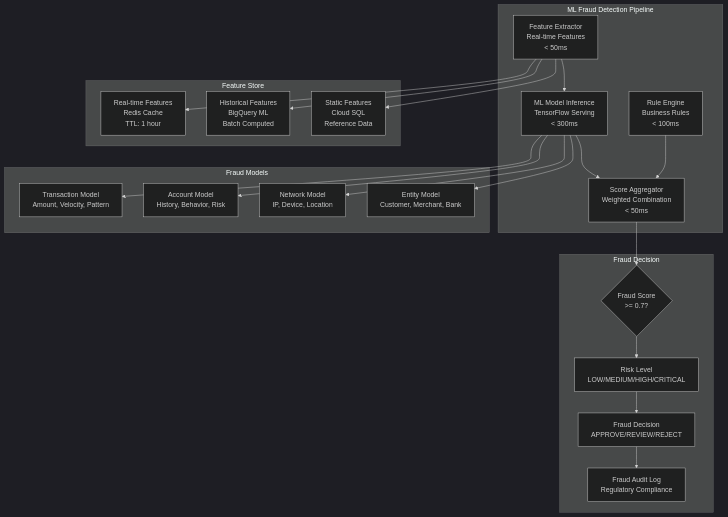
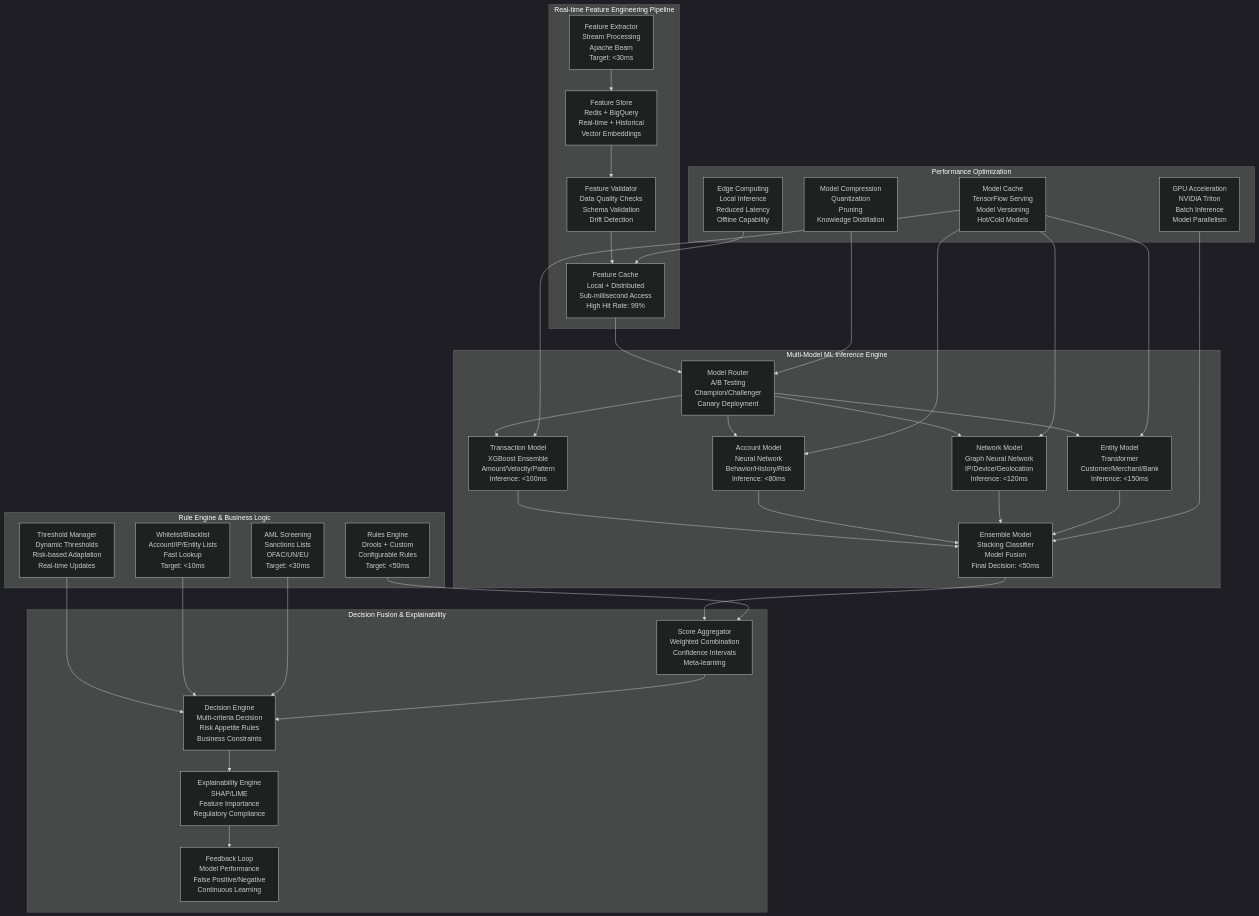
Before and after one commit to hari-p8-io/clearpathgateway: the third of 4 diagrams in docs/diagrams/FAST_INWARD_CLEARING_PROCESSOR_TECHNICAL_DIAGRAMS.md, drawn with Mermaid (dark theme). The commit also changed other lines of this file, not shown here.

````diff
--- a/docs/diagrams/FAST_INWARD_CLEARING_PROCESSOR_TECHNICAL_DIAGRAMS.md
+++ b/docs/diagrams/FAST_INWARD_CLEARING_PROCESSOR_TECHNICAL_DIAGRAMS.md
@@ -489,47 +952,74 @@
 ```mermaid
 graph TB
-    subgraph "ML Fraud Detection Pipeline"
-        FeatureExtractor[Feature Extractor<br/>Real-time Features<br/>< 50ms]
-        ModelInference[ML Model Inference<br/>TensorFlow Serving<br/>< 300ms]
-        RuleEngine[Rule Engine<br/>Business Rules<br/>< 100ms]
-        ScoreAggregator[Score Aggregator<br/>Weighted Combination<br/>< 50ms]
+    subgraph "Real-time Feature Engineering Pipeline"
+        FeatureExtractor[Feature Extractor<br/>Stream Processing<br/>Apache Beam<br/>Target: <30ms]
+        FeatureStore[Feature Store<br/>Redis + BigQuery<br/>Real-time + Historical<br/>Vector Embeddings]
+        FeatureValidator[Feature Validator<br/>Data Quality Checks<br/>Schema Validation<br/>Drift Detection]
+        FeatureCache[Feature Cache<br/>Local + Distributed<br/>Sub-millisecond Access<br/>High Hit Rate: 99%]
     end
     
-    subgraph "Fraud Models"
-        TransactionModel[Transaction Model<br/>Amount, Velocity, Pattern]
-        AccountModel[Account Model<br/>History, Behavior, Risk]
-        NetworkModel[Network Model<br/>IP, Device, Location]
-        EntityModel[Entity Model<br/>Customer, Merchant, Bank]
+    subgraph "Multi-Model ML Inference Engine"
+        ModelRouter[Model Router<br/>A/B Testing<br/>Champion/Challenger<br/>Canary Deployment]
+        TransactionModel[Transaction Model<br/>XGBoost Ensemble<br/>Amount/Velocity/Pattern<br/>Inference: <100ms]
+        AccountModel[Account Model<br/>Neural Network<br/>Behavior/History/Risk<br/>Inference: <80ms]
+        NetworkModel[Network Model<br/>Graph Neural Network<br/>IP/Device/Geolocation<br/>Inference: <120ms]
+        EntityModel[Entity Model<br/>Transformer<br/>Customer/Merchant/Bank<br/>Inference: <150ms]
+        EnsembleModel[Ensemble Model<br/>Stacking Classifier<br/>Model Fusion<br/>Final Decision: <50ms]
     end
     
-    subgraph "Feature Store"
-        RealTimeFeatures[Real-time Features<br/>Redis Cache<br/>TTL: 1 hour]
-        HistoricalFeatures[Historical Features<br/>BigQuery ML<br/>Batch Computed]
-        StaticFeatures[Static Features<br/>Cloud SQL<br/>Reference Data]
+    subgraph "Rule Engine & Business Logic"
+        RulesEngine[Rules Engine<br/>Drools + Custom<br/>Configurable Rules<br/>Target: <50ms]
+        ThresholdManager[Threshold Manager<br/>Dynamic Thresholds<br/>Risk-based Adaptation<br/>Real-time Updates]
+        WhitelistBlacklist[Whitelist/Blacklist<br/>Account/IP/Entity Lists<br/>Fast Lookup<br/>Target: <10ms]
+        AMLScreening[AML Screening<br/>Sanctions Lists<br/>OFAC/UN/EU<br/>Target: <30ms]
     end
     
-    subgraph "Fraud Decision"
-        ScoreThreshold{Fraud Score<br/>>= 0.7?}
-        RiskLevel[Risk Level<br/>LOW/MEDIUM/HIGH/CRITICAL]
-        FraudDecision[Fraud Decision<br/>APPROVE/REVIEW/REJECT]
-        AuditLog[Fraud Audit Log<br/>Regulatory Compliance]
+    subgraph "Decision Fusion & Explainability"
+        ScoreAggregator[Score Aggregator<br/>Weighted Combination<br/>Confidence Intervals<br/>Meta-learning]
+        DecisionEngine[Decision Engine<br/>Multi-criteria Decision<br/>Risk Appetite Rules<br/>Business Constraints]
+        ExplainabilityEngine[Explainability Engine<br/>SHAP/LIME<br/>Feature Importance<br/>Regulatory Compliance]
+        FeedbackLoop[Feedback Loop<br/>Model Performance<br/>False Positive/Negative<br/>Continuous Learning]
     end
     
-    FeatureExtractor --> ModelInference
-    ModelInference --> ScoreAggregator
-    RuleEngine --> ScoreAggregator
-    ScoreAggregator --> ScoreThreshold
+    subgraph "Performance Optimization"
+        ModelCache[Model Cache<br/>TensorFlow Serving<br/>Model Versioning<br/>Hot/Cold Models]
+        GPUAcceleration[GPU Acceleration<br/>NVIDIA Triton<br/>Batch Inference<br/>Model Parallelism]
+        EdgeComputing[Edge Computing<br/>Local Inference<br/>Reduced Latency<br/>Offline Capability]
+        ModelCompression[Model Compression<br/>Quantization<br/>Pruning<br/>Knowledge Distillation]
+    end
     
-    ModelInference --> TransactionModel
-    ModelInference --> AccountModel
-    ModelInference --> NetworkModel
-    ModelInference --> EntityModel
+    FeatureExtractor --> FeatureStore
+    FeatureStore --> FeatureValidator
+    FeatureValidator --> FeatureCache
     
-    FeatureExtractor --> RealTimeFeatures
-    FeatureExtractor --> HistoricalFeatures
-    FeatureExtractor --> StaticFeatures
+    FeatureCache --> ModelRouter
+    ModelRouter --> TransactionModel
+    ModelRouter --> AccountModel
+    ModelRouter --> NetworkModel
+    ModelRouter --> EntityModel
     
-    ScoreThreshold --> RiskLevel
-    RiskLevel --> FraudDecision
-    FraudDecision --> AuditLog
+    TransactionModel --> EnsembleModel
+    AccountModel --> EnsembleModel
+    NetworkModel --> EnsembleModel
+    EntityModel --> EnsembleModel
+    
+    EnsembleModel --> ScoreAggregator
+    RulesEngine --> ScoreAggregator
+    ThresholdManager --> DecisionEngine
+    WhitelistBlacklist --> DecisionEngine
+    AMLScreening --> DecisionEngine
+    
+    ScoreAggregator --> DecisionEngine
+    DecisionEngine --> ExplainabilityEngine
+    ExplainabilityEngine --> FeedbackLoop
+    
+    %% Performance Optimization Integration
+    ModelCache --> TransactionModel
+    ModelCache --> AccountModel
+    ModelCache --> NetworkModel
+    ModelCache --> EntityModel
+    
+    GPUAcceleration --> EnsembleModel
+    EdgeComputing --> FeatureCache
+    ModelCompression --> ModelRouter
 ```
````
